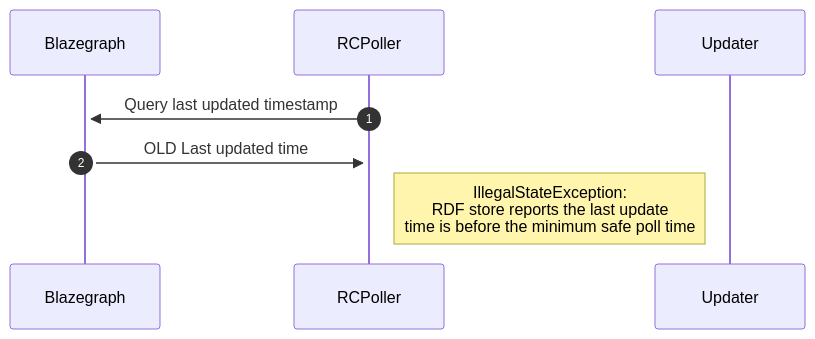
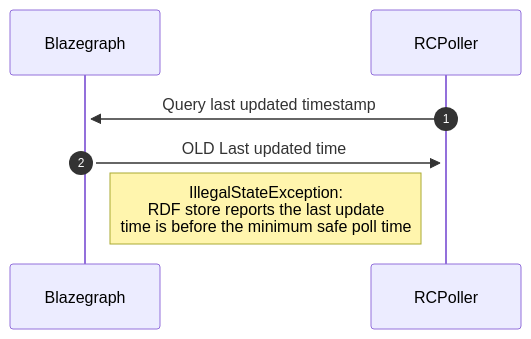
One commit to wmde/wikidata-wikibase-architecture changed the second of 2 diagrams in systems/Query/06-Runtime_View.md. Above: the diagram before and after it, drawn with Mermaid.

````diff
--- a/systems/Query/06-Runtime_View.md
+++ b/systems/Query/06-Runtime_View.md
@@ -29,10 +29,10 @@
 ```mermaid
 sequenceDiagram
     autonumber
     participant Blazegraph
     participant RCPoller
     
     RCPoller->>+Blazegraph: Query last updated timestamp
     Blazegraph->>+RCPoller: OLD Last updated time
-    Note left of Updater: IllegalStateException: <br/>RDF store reports the last update <br/>time is before the minimum safe poll time
+    Note left of RCPoller: IllegalStateException: <br/>RDF store reports the last update <br/>time is before the minimum safe poll time
 ```
````
